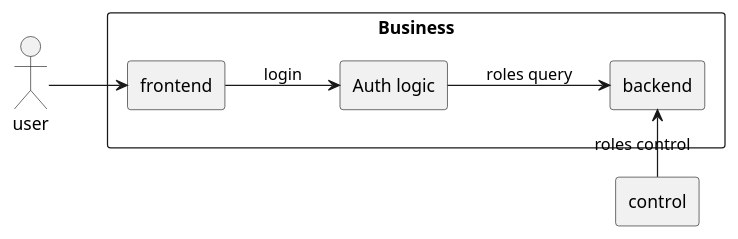
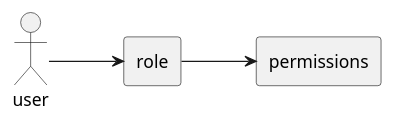
One commit to kevinwang930/mycode changed the second of 2 diagrams in design/role.md. Above: the diagram before and after it, drawn with PlantUML. The commit also changed other lines of this file and 3 other files, not shown here.

````diff
--- a/design/role.md
+++ b/design/role.md
@@ -50,18 +38,14 @@
 ```plantuml
 left to right direction
-rectangle control
 
-rectangle Business {
+actor user
 
-rectangle frontend
-    rectangle Auth[
-    Auth logic
-    ]
-    rectangle backend
-}
-actor user
-user --> frontend
-frontend --> Auth: login
-Auth --> backend: roles query
-control -right-> backend : roles control
+rectangle role
+
+rectangle permissions
+
+user --> role
+role --> permissions
+
+
 ```
````
